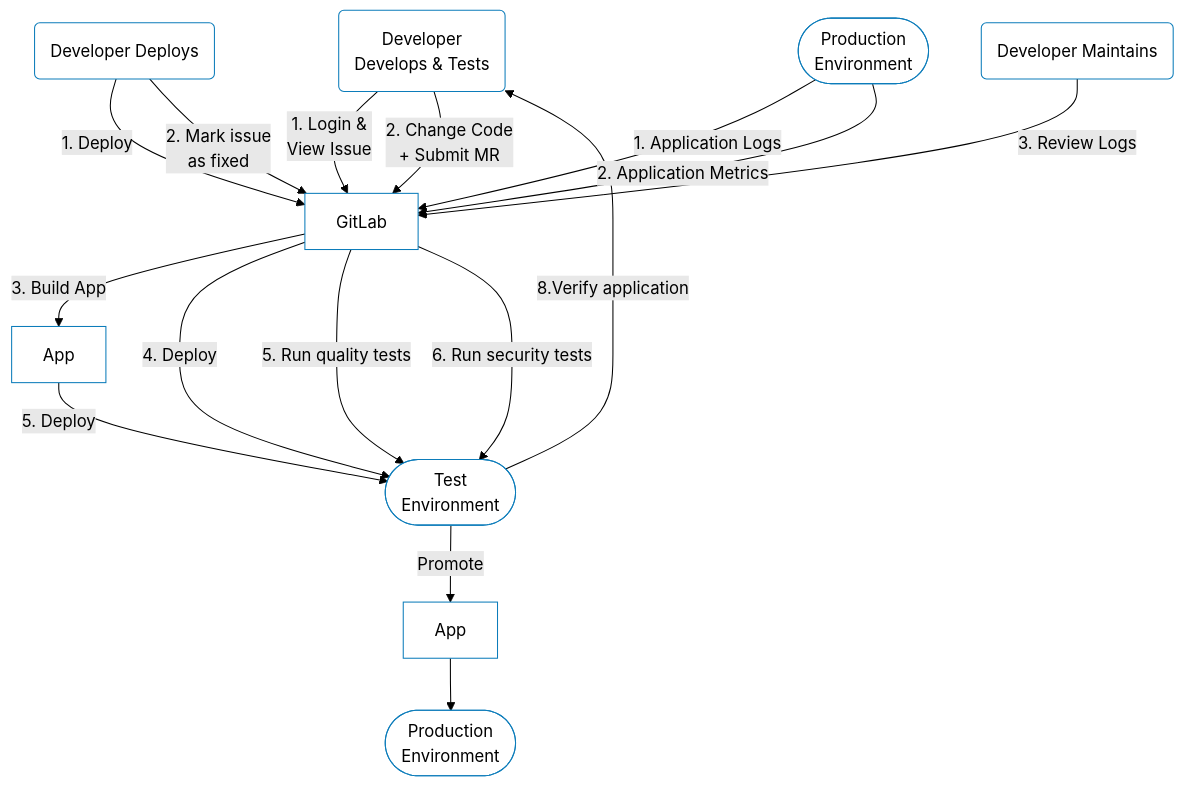
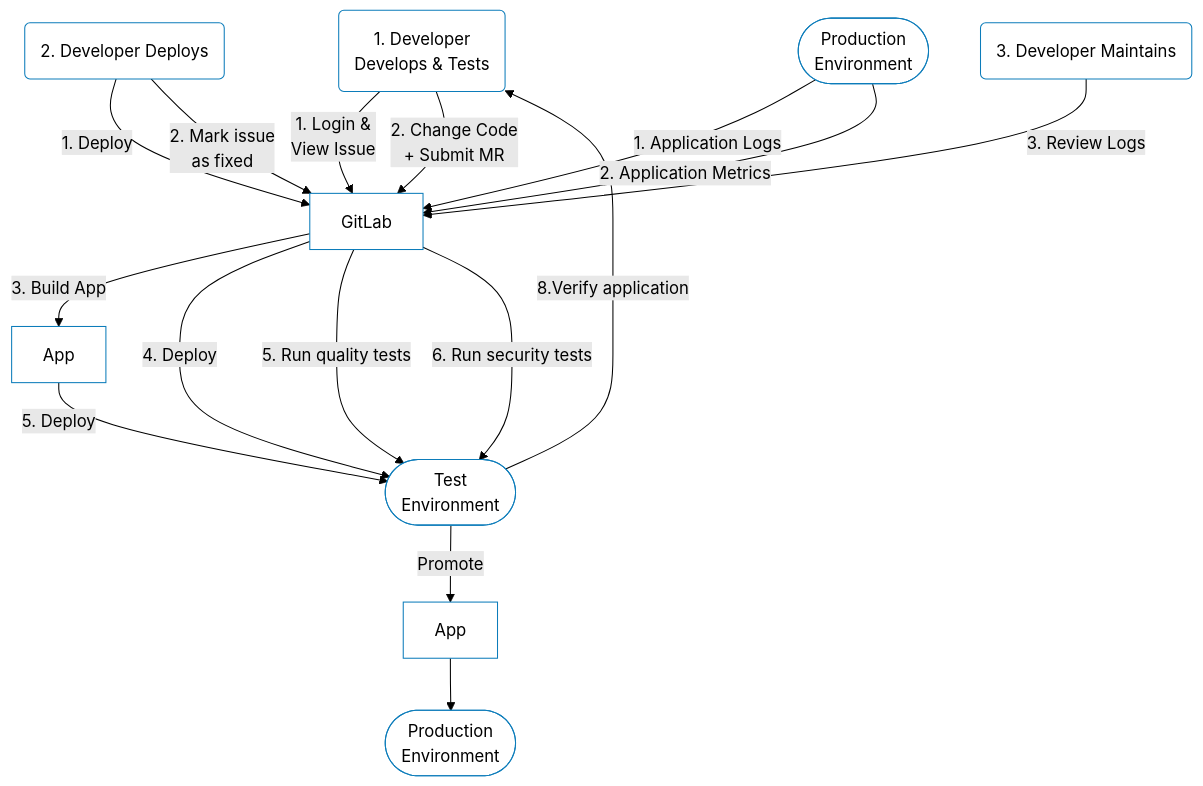
The first of 2 diagrams in product/single-application/dataflow.html.md (secretstartups/handbook), drawn with Mermaid (forest theme) before and after one commit.

````diff
--- a/product/single-application/dataflow.html.md
+++ b/product/single-application/dataflow.html.md
@@ -17,36 +17,36 @@
 ```mermaid
 graph TB
-    Developer1(Developer<br>Develops & Tests)
+    Developer1(1. Developer<br>Develops & Tests)
     App1[App]
     TestEnv1([Test<br>Environment])
     App1 -- 5. Deploy --> TestEnv1
     TestEnv1 -- 8.Verify application --> Developer1
 
-    Developer2(Developer Deploys)
+    Developer2(2. Developer Deploys)
     ProdEnv1([Production<br>Environment])
     App2[App]
     App2 --> ProdEnv1
 
-    Developer3(Developer Maintains)
+    Developer3(3. Developer Maintains)
     ProdEnv2([Production<br>Environment])
 
   GitLab[GitLab]
 
   Developer1 -- 1. Login &<br> View Issue --> GitLab
   Developer1 -- 2. Change Code<br>+ Submit MR --> GitLab
   GitLab -- 3. Build App --> App1
   GitLab -- 4. Deploy --> TestEnv1
   GitLab -- 5. Run quality tests --> TestEnv1
   GitLab -- 6. Run security tests --> TestEnv1
 
   Developer2 -- 1. Deploy --> GitLab
   Developer2 -- 2. Mark issue<br>as fixed --> GitLab
   TestEnv1 -- Promote --> App2
 
   ProdEnv2 -- 1. Application Logs --> GitLab
   ProdEnv2 -- 2. Application Metrics --> GitLab
   Developer3 -- 3. Review Logs --> GitLab
 
   classDef default fill:#FFFFFF,stroke:#0C7CBA;
   %%class GitLab,Developer test
 ```
````
